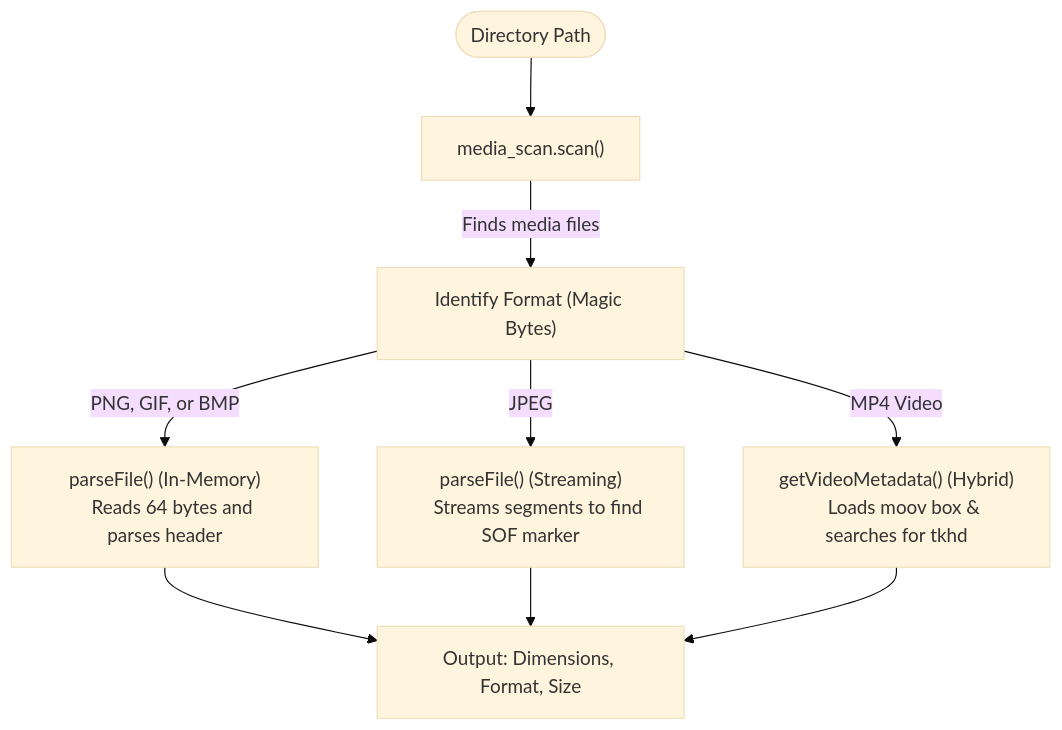
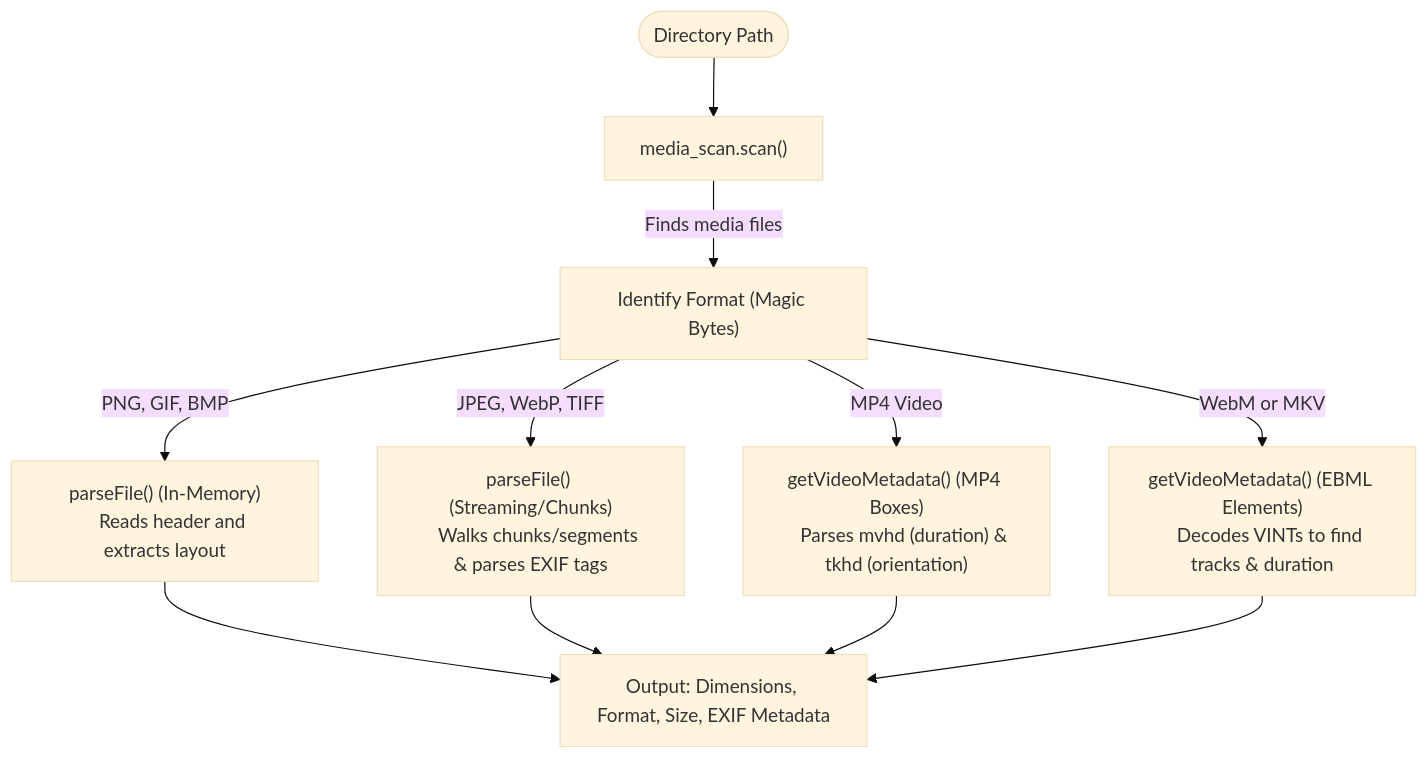
One commit to huangsam/zprobe changed the diagram in README.md. Above: the diagram before and after it, drawn with Mermaid (base theme). The commit also changed other lines of this file, not shown here.

````diff
--- a/README.md
+++ b/README.md
@@ -44,18 +61,22 @@
 ```mermaid
 flowchart TD
     Path(["Directory Path"]) --> Scan["media_scan.scan()"]
     Scan -->|"Finds media files"| File["Identify Format (Magic Bytes)"]
     
-    File -->|"PNG, GIF, or BMP"| MemImg["parseFile() (In-Memory)
-    Reads 64 bytes and parses header"]
+    File -->|"PNG, GIF, BMP"| MemImg["parseFile() (In-Memory)
+    Reads header and extracts layout"]
     
-    File -->|"JPEG"| StreamImg["parseFile() (Streaming)
-    Streams segments to find SOF marker"]
+    File -->|"JPEG, WebP, TIFF"| StreamImg["parseFile() (Streaming/Chunks)
+    Walks chunks/segments & parses EXIF tags"]
     
-    File -->|"MP4 Video"| Video["getVideoMetadata() (Hybrid)
-    Loads moov box & searches for tkhd"]
+    File -->|"MP4 Video"| MP4["getVideoMetadata() (MP4 Boxes)
+    Parses mvhd (duration) & tkhd (orientation)"]
+
+    File -->|"WebM or MKV"| EBML["getVideoMetadata() (EBML Elements)
+    Decodes VINTs to find tracks & duration"]
     
-    MemImg --> Out["Output: Dimensions, Format, Size"]
+    MemImg --> Out["Output: Dimensions, Format, Size, EXIF Metadata"]
     StreamImg --> Out
-    Video --> Out
+    MP4 --> Out
+    EBML --> Out
 ```
````
